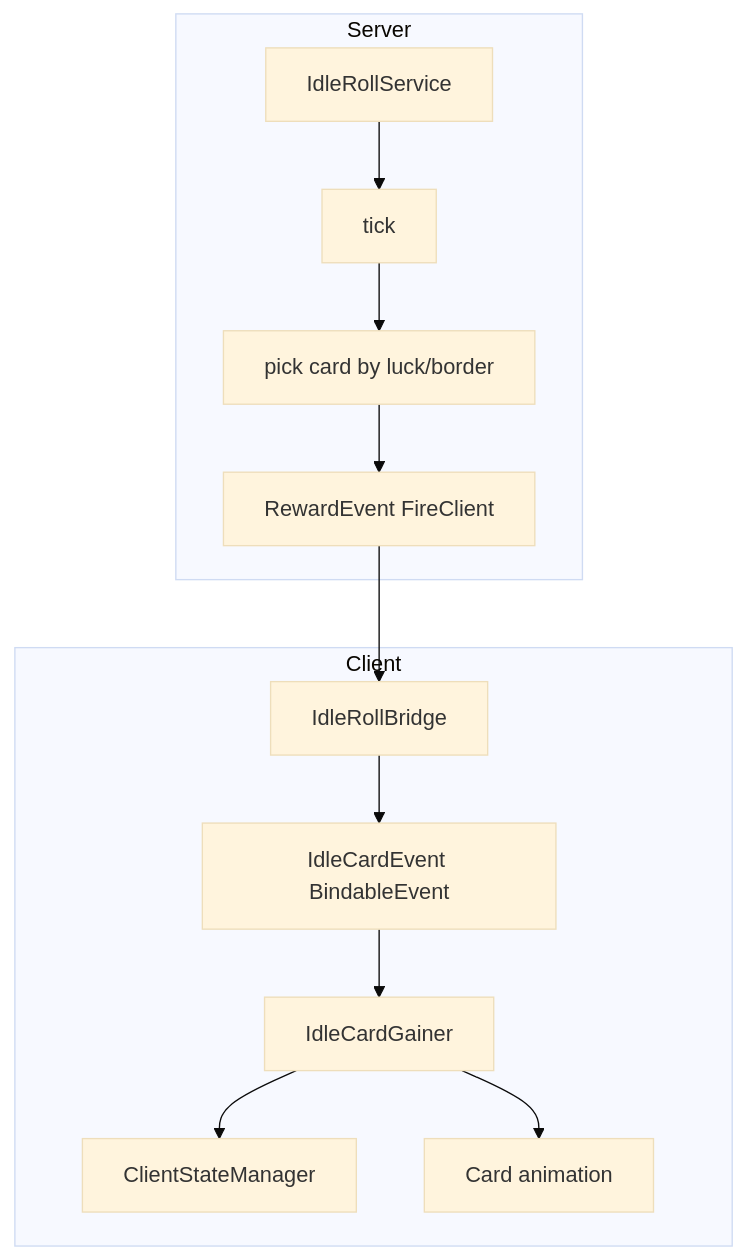
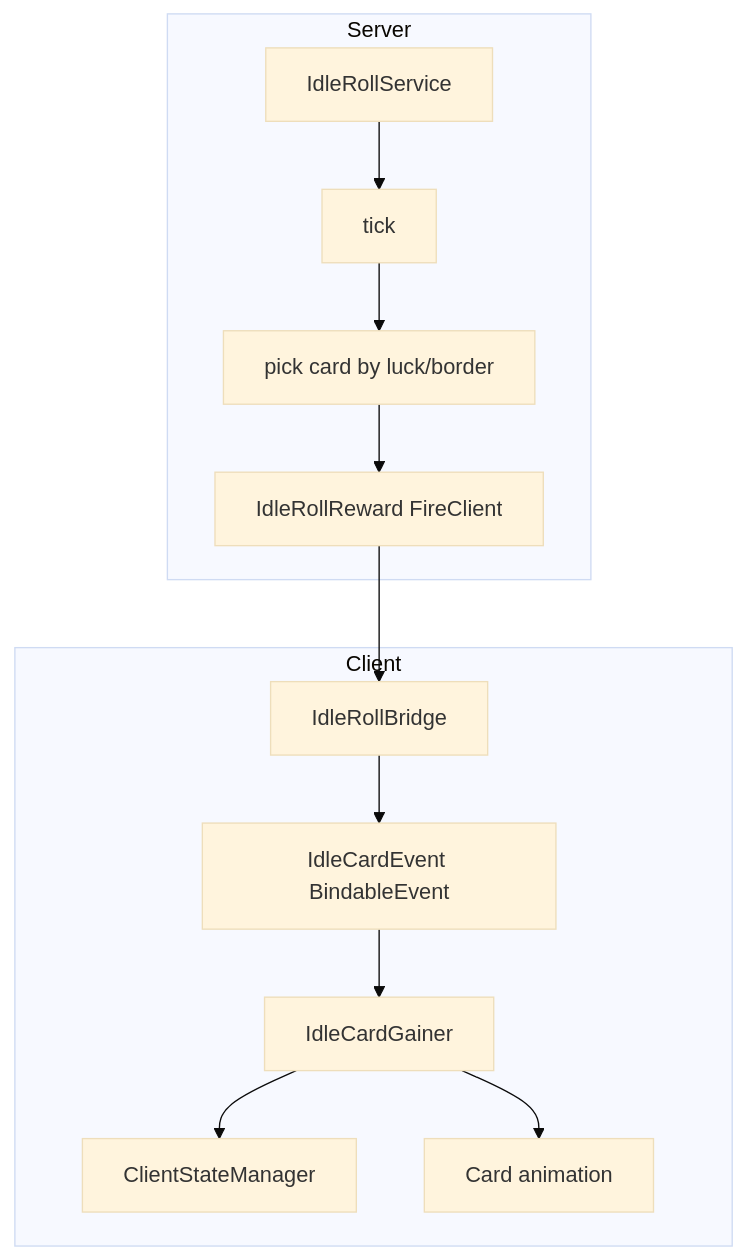
Before and after one commit to tamnguyentech/robloxgame3.0: the third of 8 diagrams in docs/GAME_ARCHITECTURE.md, drawn with Mermaid (base theme). The commit also changed other lines of this file and 15 other files, not shown here.

````diff
--- a/docs/GAME_ARCHITECTURE.md
+++ b/docs/GAME_ARCHITECTURE.md
@@ -173,25 +215,25 @@
 ```mermaid
 flowchart TB
     subgraph serverRoll [Server]
         IdleRollService[IdleRollService]
         Tick[tick]
         PickCard[pick card by luck/border]
-        RewardEvent[RewardEvent FireClient]
+        IdleRollReward[IdleRollReward FireClient]
         IdleRollService --> Tick
         Tick --> PickCard
-        PickCard --> RewardEvent
+        PickCard --> IdleRollReward
     end
 
     subgraph clientRoll [Client]
         IdleRollBridge[IdleRollBridge]
         IdleCardEvent[IdleCardEvent BindableEvent]
         IdleCardGainer[IdleCardGainer]
         ClientState[ClientStateManager]
         CardAnim[Card animation]
-        RewardEvent --> IdleRollBridge
+        IdleRollReward --> IdleRollBridge
         IdleRollBridge --> IdleCardEvent
         IdleCardEvent --> IdleCardGainer
         IdleCardGainer --> ClientState
         IdleCardGainer --> CardAnim
     end
 ```
````
